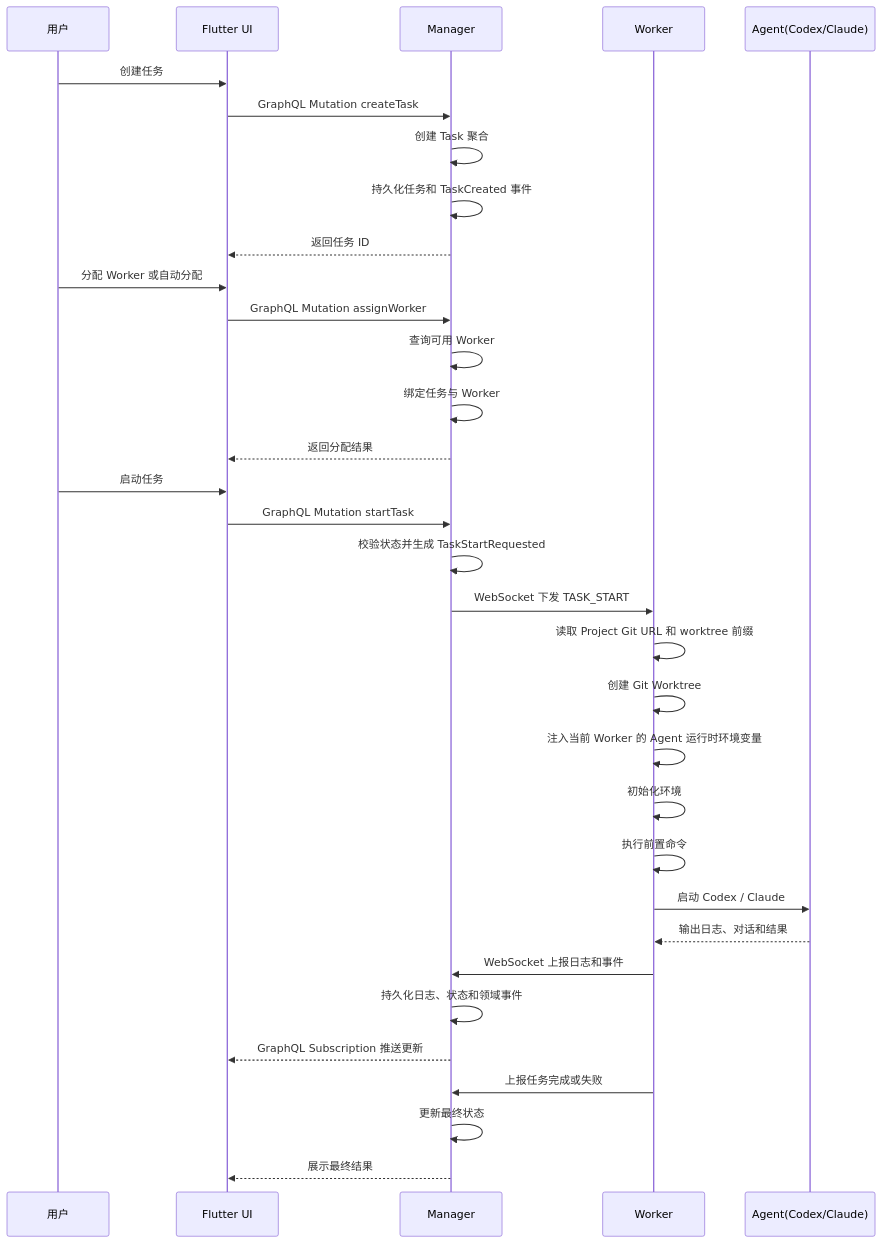
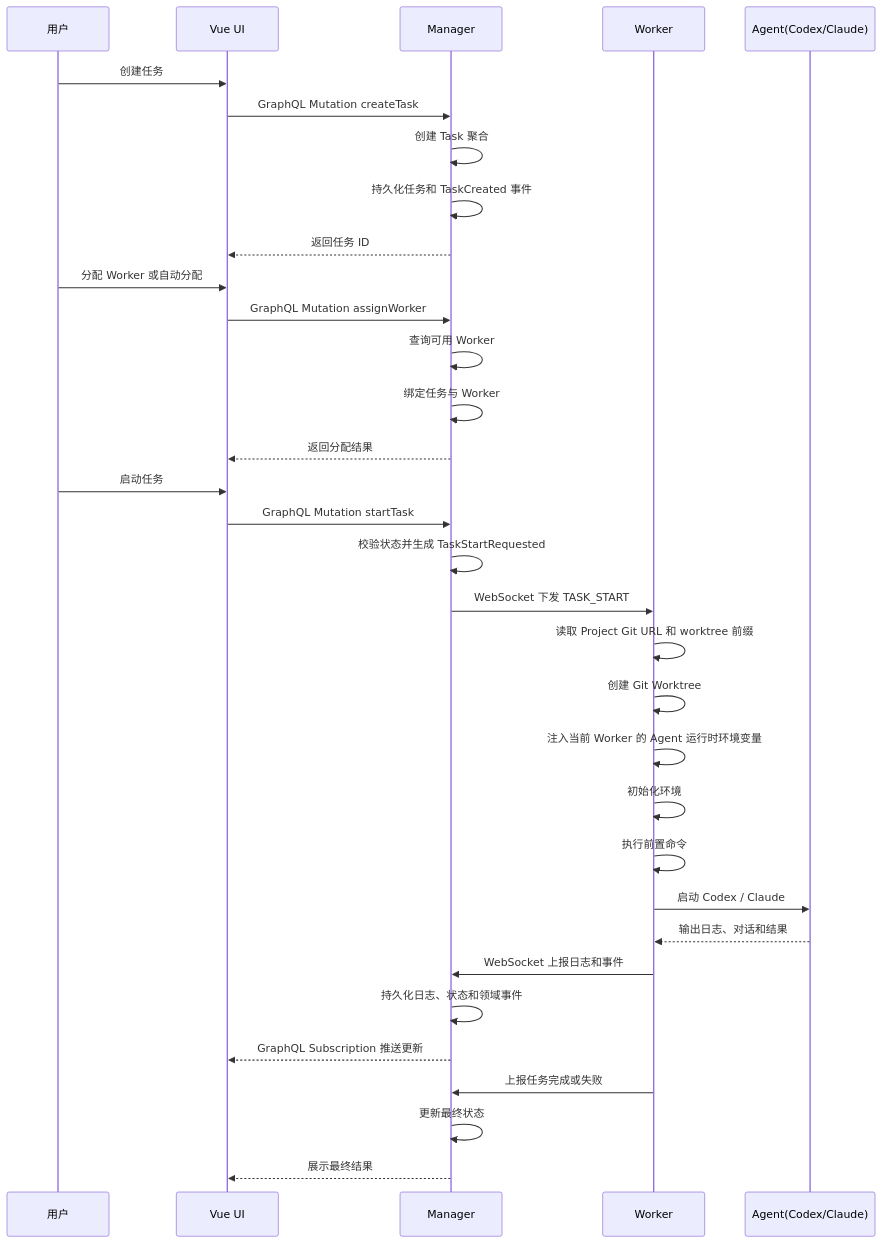
The first of 7 diagrams in docs/system-design.md (tangxusc/block-play-table), drawn with Mermaid before and after one commit. The commit also changed other lines of this file and 61 other files, not shown here.

````diff
--- a/docs/system-design.md
+++ b/docs/system-design.md
@@ -347,41 +347,41 @@
 ```mermaid
 sequenceDiagram
     participant U as 用户
-    participant UI as Flutter UI
+    participant UI as Vue UI
     participant M as Manager
     participant W as Worker
     participant A as Agent(Codex/Claude)
 
     U->>UI: 创建任务
     UI->>M: GraphQL Mutation createTask
     M->>M: 创建 Task 聚合
     M->>M: 持久化任务和 TaskCreated 事件
     M-->>UI: 返回任务 ID
 
     U->>UI: 分配 Worker 或自动分配
     UI->>M: GraphQL Mutation assignWorker
     M->>M: 查询可用 Worker
     M->>M: 绑定任务与 Worker
     M-->>UI: 返回分配结果
 
     U->>UI: 启动任务
     UI->>M: GraphQL Mutation startTask
     M->>M: 校验状态并生成 TaskStartRequested
     M->>W: WebSocket 下发 TASK_START
 
     W->>W: 读取 Project Git URL 和 worktree 前缀
     W->>W: 创建 Git Worktree
     W->>W: 注入当前 Worker 的 Agent 运行时环境变量
     W->>W: 初始化环境
     W->>W: 执行前置命令
     W->>A: 启动 Codex / Claude
     A-->>W: 输出日志、对话和结果
 
     W->>M: WebSocket 上报日志和事件
     M->>M: 持久化日志、状态和领域事件
     M-->>UI: GraphQL Subscription 推送更新
 
     W->>M: 上报任务完成或失败
     M->>M: 更新最终状态
     M-->>UI: 展示最终结果
 ```
````
